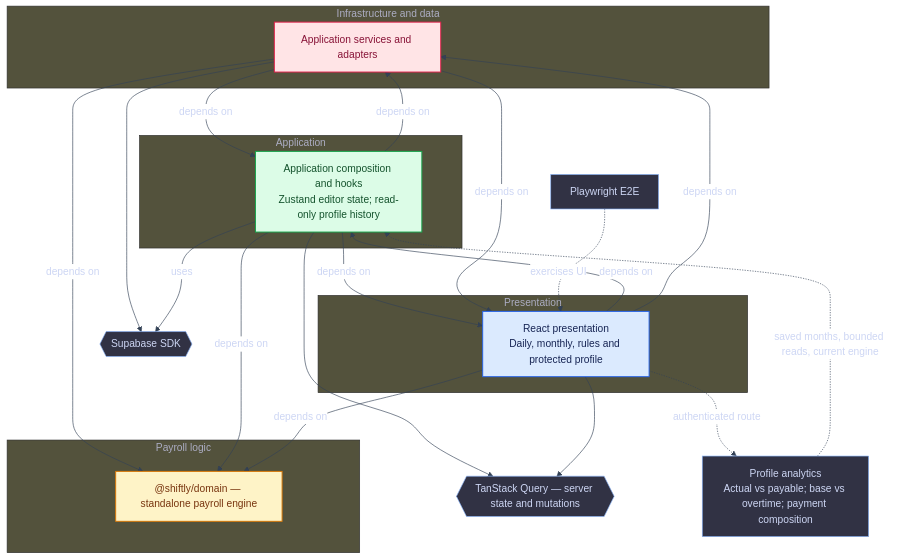
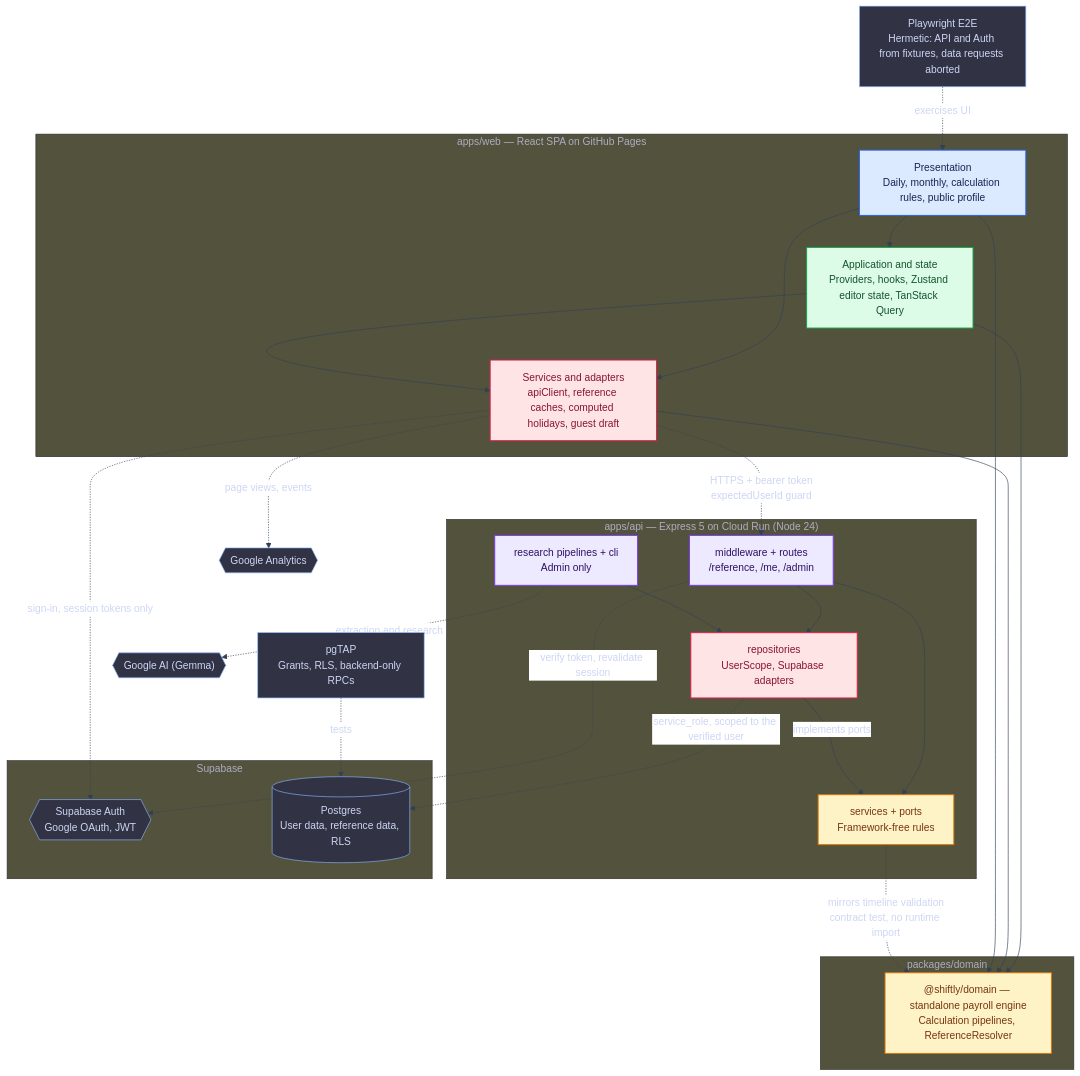
One commit to dmaman86/shiftly changed the diagram in docs/architecture/generated/overview.mmd. Above: the diagram before and after it, drawn with Mermaid. The commit also changed 18 other files, not shown here.

```diff
--- a/docs/architecture/generated/overview.mmd
+++ b/docs/architecture/generated/overview.mmd
@@ -1,61 +1,76 @@
 ---
 config:
   theme: base
   themeVariables:
     background: "#1e1e2e"
     primaryColor: "#313244"
     primaryTextColor: "#cdd6f4"
     primaryBorderColor: "#89b4fa"
     lineColor: "#334155"
     edgeLabelBackground: "#ffffff"
 ---
-%% Source: working tree, 2026-10-04. Base commit: c1832fe463538407b0906ec7e62c2f0d7542bcd6.
-%% Selected layer dependencies, including type imports; not a strict layered architecture.
-%% Solid arrows point from consumers to dependencies; dashed arrows show runtime behavior.
+%% Source: v1.1.0 (release candidate; source HEAD). Selected layer dependencies, including type imports. Commit: 581f74ea896bfef47de8892d99903c263df9c7c5.
+%% Solid arrows point from consumers to dependencies; dashed arrows show runtime calls across process boundaries.
+%% The browser uses Supabase for authentication only; every data read and write goes through apps/api.
 flowchart TD
-  subgraph group_data["Infrastructure and data"]
-    layer_data["Application services and adapters"]
+  subgraph web["apps/web — React SPA on GitHub Pages"]
+    layer_ui["Presentation<br/>Daily, monthly, calculation rules, public profile"]
+    layer_app["Application and state<br/>Providers, hooks, Zustand editor state, TanStack Query"]
+    layer_data["Services and adapters<br/>apiClient, reference caches, computed holidays, guest draft"]
   end
-  subgraph group_ui["Presentation"]
-    layer_ui["React presentation<br/>Daily, monthly, rules and protected profile"]
+  subgraph domain_pkg["packages/domain"]
+    layer_domain["@shiftly/domain — standalone payroll engine<br/>Calculation pipelines, ReferenceResolver"]
   end
-  subgraph group_app["Application"]
-    layer_app["Application composition and hooks<br/>Zustand editor state; read-only profile history"]
+  subgraph api["apps/api — Express 5 on Cloud Run (Node 24)"]
+    api_http["middleware + routes<br/>/reference, /me, /admin"]
+    api_core["services + ports<br/>Framework-free rules"]
+    api_repos["repositories<br/>UserScope, Supabase adapters"]
+    api_research["research pipelines + cli<br/>Admin only"]
   end
-  subgraph group_domain["Payroll logic"]
-    layer_domain["@shiftly/domain — standalone payroll engine"]
+  subgraph supabase["Supabase"]
+    sb_auth{{"Supabase Auth<br/>Google OAuth, JWT"}}
+    sb_db[("Postgres<br/>User data, reference data, RLS")]
   end
-  layer_data -->|"depends on"| layer_domain
-  layer_data -->|"depends on"| layer_app
-  layer_ui -->|"depends on"| layer_app
-  layer_ui -->|"depends on"| layer_data
-  layer_app -->|"depends on"| layer_domain
-  layer_app -->|"depends on"| layer_ui
-  layer_app -->|"depends on"| layer_data
-  layer_ui -->|"depends on"| layer_domain
-  layer_data -->|"depends on"| layer_ui
-  external_supabase{{"Supabase SDK"}}
-  external_query{{"TanStack Query — server state and mutations"}}
-  layer_app --> external_query
-  layer_ui --> external_query
-  layer_data --> external_supabase
-  layer_app -->|"uses"| external_supabase
-  profile["Profile analytics<br/>Actual vs payable; base vs overtime; payment composition"]
-  layer_ui -.->|"authenticated route"| profile
-  profile -.->|"saved months, bounded reads, current engine"| layer_app
-  click profile "https://github.com/dmaman86/shiftly/blob/main/apps/web/src/pages/ProfilePage.tsx"
-  e2e["Playwright E2E"]
+  external_ga{{"Google Analytics"}}
+  external_gemini{{"Google AI (Gemma)"}}
+  layer_ui --> layer_app
+  layer_ui --> layer_data
+  layer_app --> layer_data
+  layer_app --> layer_domain
+  layer_data --> layer_domain
+  layer_ui --> layer_domain
+  api_http --> api_core
+  api_http --> api_repos
+  api_core -.->|"mirrors timeline validation<br/>contract test, no runtime import"| layer_domain
+  api_repos -->|"implements ports"| api_core
+  api_research --> api_repos
+  layer_data -.->|"sign-in, session tokens only"| sb_auth
+  layer_data -.->|"HTTPS + bearer token<br/>expectedUserId guard"| api_http
+  layer_data -.->|"page views, events"| external_ga
+  api_http -.->|"verify token, revalidate session"| sb_auth
+  api_repos -.->|"service_role, scoped to the verified user"| sb_db
+  api_research -.->|"extraction and research"| external_gemini
+  e2e["Playwright E2E<br/>Hermetic: API and Auth from fixtures, data requests aborted"]
   e2e -.->|"exercises UI"| layer_ui
+  pgtap["pgTAP<br/>Grants, RLS, backend-only RPCs"]
+  pgtap -.->|"tests"| sb_db
+  click layer_ui "https://github.com/dmaman86/shiftly/blob/main/apps/web/src/app/routes/AppRoutes.tsx"
+  click layer_app "https://github.com/dmaman86/shiftly/blob/main/apps/web/src/app/providers/AppProviders.tsx"
+  click layer_data "https://github.com/dmaman86/shiftly/blob/main/apps/web/src/services/api/client.ts"
+  click layer_domain "https://github.com/dmaman86/shiftly/blob/main/packages/domain/src/composition.ts"
+  click api_http "https://github.com/dmaman86/shiftly/blob/main/apps/api/src/app.ts"
+  click api_core "https://github.com/dmaman86/shiftly/tree/main/apps/api/src/services"
+  click api_repos "https://github.com/dmaman86/shiftly/blob/main/apps/api/src/repositories/user-scope.ts"
+  click api_research "https://github.com/dmaman86/shiftly/tree/main/apps/api/src/research"
   click e2e "https://github.com/dmaman86/shiftly/blob/main/playwright.config.ts"
-  click layer_data "https://github.com/dmaman86/shiftly/blob/main/apps/web/src/services/supabase/supabase.client.ts"
+  click pgtap "https://github.com/dmaman86/shiftly/tree/main/supabase/tests"
+  classDef toneBlue fill:#dbeafe,stroke:#2563eb,stroke-width:1.5px,color:#172554
+  classDef toneMint fill:#dcfce7,stroke:#16a34a,stroke-width:1.5px,color:#14532d
   classDef toneRose fill:#ffe4e6,stroke:#e11d48,stroke-width:1.5px,color:#881337
-  class layer_data toneRose
-  click layer_ui "https://github.com/dmaman86/shiftly/blob/main/apps/web/src/app/App.tsx"
-  classDef toneBlue fill:#dbeafe,stroke:#2563eb,stroke-width:1.5px,color:#172554
+  classDef toneAmber fill:#fef3c7,stroke:#d97706,stroke-width:1.5px,color:#78350f
+  classDef toneViolet fill:#ede9fe,stroke:#7c3aed,stroke-width:1.5px,color:#2e1065
   class layer_ui toneBlue
-  click layer_app "https://github.com/dmaman86/shiftly/blob/main/apps/web/src/store/globalStore.ts"
-  classDef toneMint fill:#dcfce7,stroke:#16a34a,stroke-width:1.5px,color:#14532d
   class layer_app toneMint
-  click layer_domain "https://github.com/dmaman86/shiftly/blob/main/packages/domain/src/composition.ts"
-  classDef toneAmber fill:#fef3c7,stroke:#d97706,stroke-width:1.5px,color:#78350f
-  class layer_domain toneAmber
+  class layer_data,api_repos toneRose
+  class layer_domain,api_core toneAmber
+  class api_http,api_research toneViolet
```
